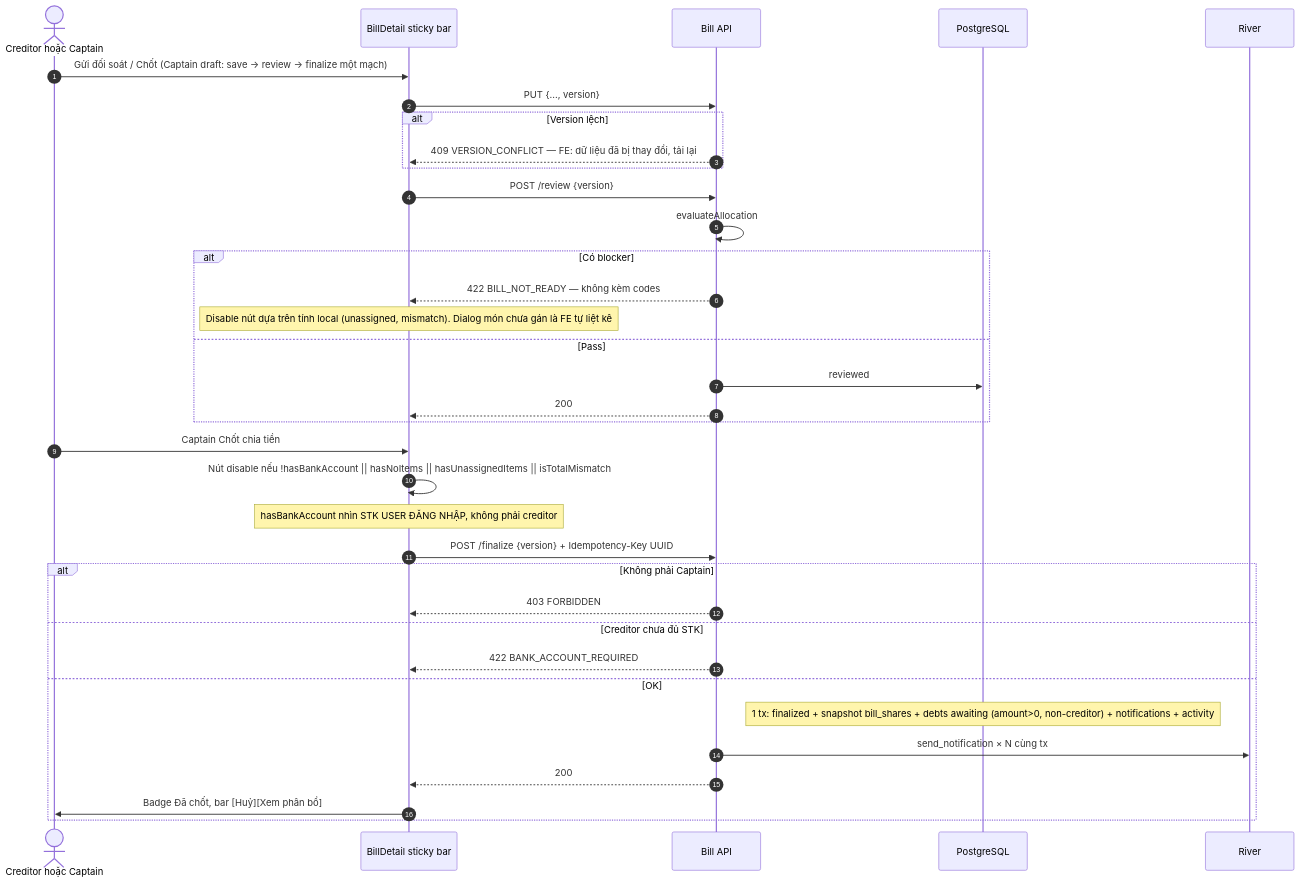
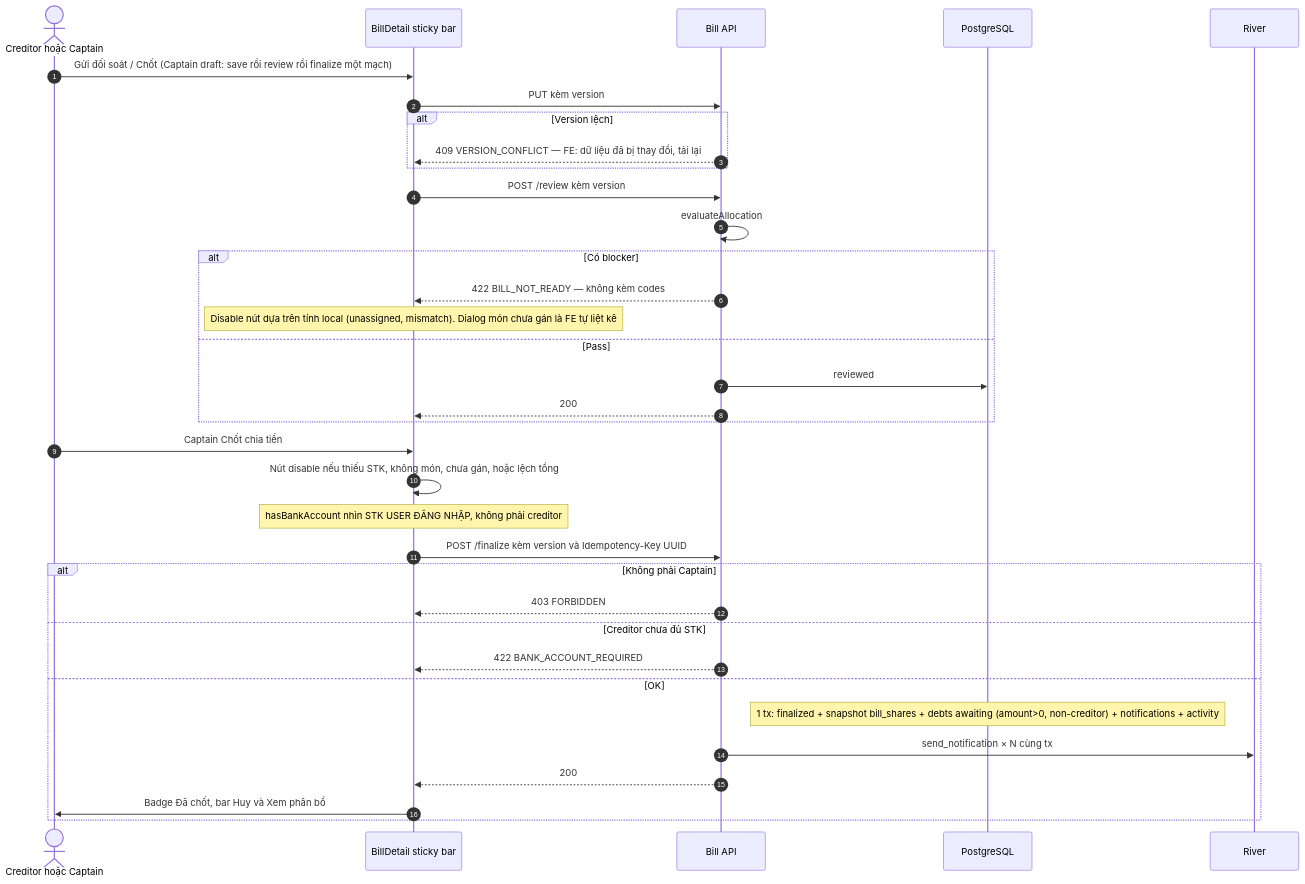
One commit to FintechVSF-Tranning/PaySplit-RP changed the fifth of 9 diagrams in flow/03-bill.md. Above: the diagram before and after it, drawn with Mermaid. The commit also changed other lines of this file and 7 other files, not shown here.

First line of the commit message:
Refactor notification flow and admin management documentation

````diff
--- a/flow/03-bill.md
+++ b/flow/03-bill.md
@@ -224,39 +268,39 @@
 ```mermaid
 sequenceDiagram
     autonumber
     actor U as Creditor hoặc Captain
     participant FE as BillDetail sticky bar
     participant BE as Bill API
     participant DB as PostgreSQL
     participant Q as River
 
-    U->>FE: Gửi đối soát / Chốt (Captain draft: save → review → finalize một mạch)
-    FE->>BE: PUT {..., version}
+    U->>FE: Gửi đối soát / Chốt (Captain draft: save rồi review rồi finalize một mạch)
+    FE->>BE: PUT kèm version
     alt Version lệch
         BE-->>FE: 409 VERSION_CONFLICT — FE: dữ liệu đã bị thay đổi, tải lại
     end
-    FE->>BE: POST /review {version}
+    FE->>BE: POST /review kèm version
     BE->>BE: evaluateAllocation
     alt Có blocker
         BE-->>FE: 422 BILL_NOT_READY — không kèm codes
         Note over FE: Disable nút dựa trên tính local (unassigned, mismatch). Dialog món chưa gán là FE tự liệt kê
     else Pass
         BE->>DB: reviewed
         BE-->>FE: 200
     end
 
     U->>FE: Captain Chốt chia tiền
-    FE->>FE: Nút disable nếu !hasBankAccount || hasNoItems || hasUnassignedItems || isTotalMismatch
+    FE->>FE: Nút disable nếu thiếu STK, không món, chưa gán, hoặc lệch tổng
     Note over FE: hasBankAccount nhìn STK USER ĐĂNG NHẬP, không phải creditor
-    FE->>BE: POST /finalize {version} + Idempotency-Key UUID
+    FE->>BE: POST /finalize kèm version và Idempotency-Key UUID
     alt Không phải Captain
         BE-->>FE: 403 FORBIDDEN
     else Creditor chưa đủ STK
         BE-->>FE: 422 BANK_ACCOUNT_REQUIRED
     else OK
         Note over DB: 1 tx: finalized + snapshot bill_shares + debts awaiting (amount>0, non-creditor) + notifications + activity
         BE->>Q: send_notification × N cùng tx
         BE-->>FE: 200
-        FE->>U: Badge Đã chốt, bar [Huỷ][Xem phân bổ]
+        FE->>U: Badge Đã chốt, bar Huy và Xem phân bổ
     end
 ```
````
